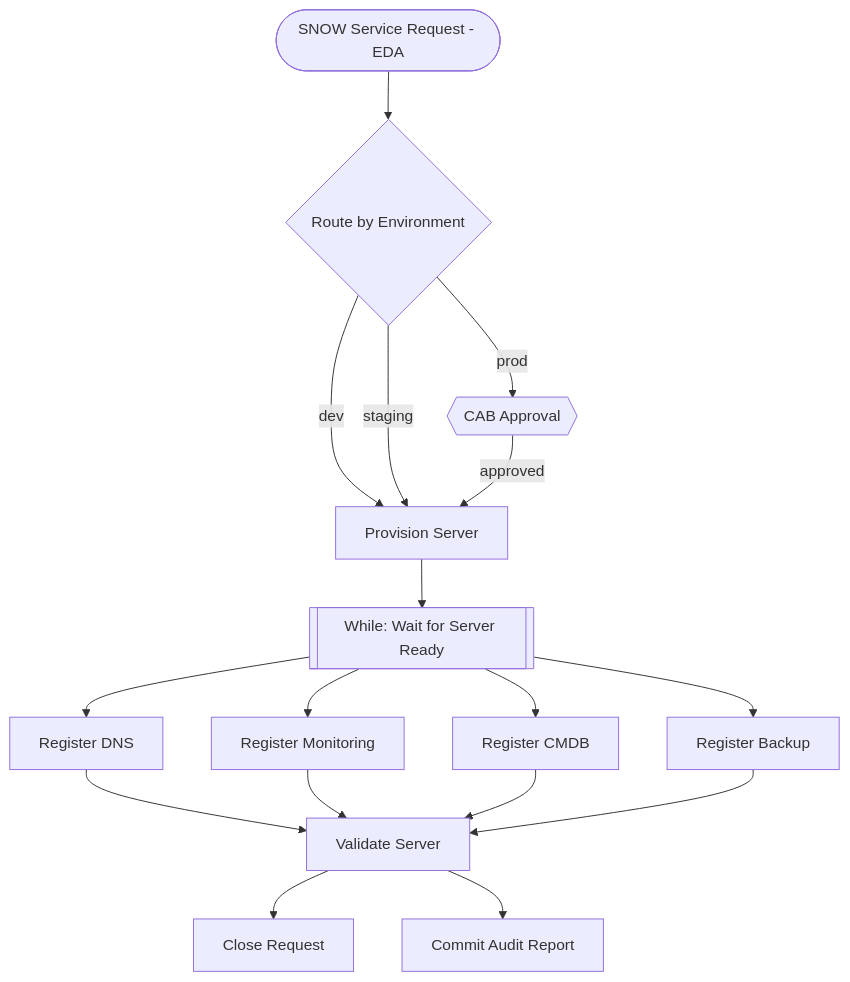
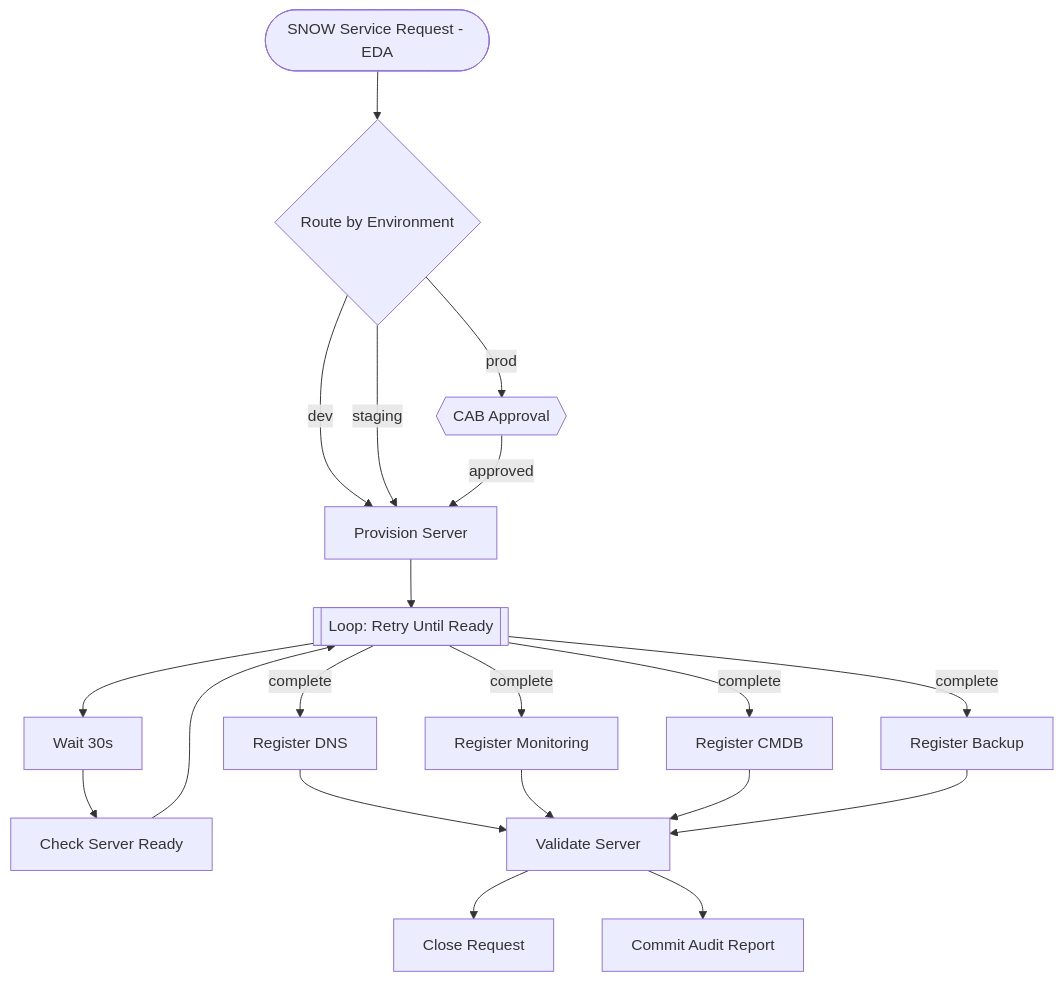
Before and after one commit to crenwick93/ao-overview-demo: the diagram in README.md, drawn with Mermaid. The commit also changed other lines of this file and 3 other files, not shown here.

First line of the commit message:
Split loop into Loop + Wait + Check for clearer canvas visual

````diff
--- a/README.md
+++ b/README.md
@@ -28,24 +28,28 @@
 ```mermaid
 flowchart TD
     trigger([SNOW Service Request - EDA]) --> sw{Route by Environment}
 
     sw -- dev --> provision[Provision Server]
     sw -- staging --> provision
     sw -- prod --> approval{{CAB Approval}}
     approval -- approved --> provision
 
-    provision --> loop[[While: Wait for Server Ready]]
+    provision --> loop[[Loop: Retry Until Ready]]
 
-    loop --> dns[Register DNS]
-    loop --> mon[Register Monitoring]
-    loop --> cmdb[Register CMDB]
-    loop --> bak[Register Backup]
+    loop --> wait[Wait 30s]
+    wait --> check[Check Server Ready]
+    check --> loop
+
+    loop -- complete --> dns[Register DNS]
+    loop -- complete --> mon[Register Monitoring]
+    loop -- complete --> cmdb[Register CMDB]
+    loop -- complete --> bak[Register Backup]
 
     dns --> validate[Validate Server]
     mon --> validate
     cmdb --> validate
     bak --> validate
 
     validate --> close[Close Request]
     validate --> git[Commit Audit Report]
 ```
````
